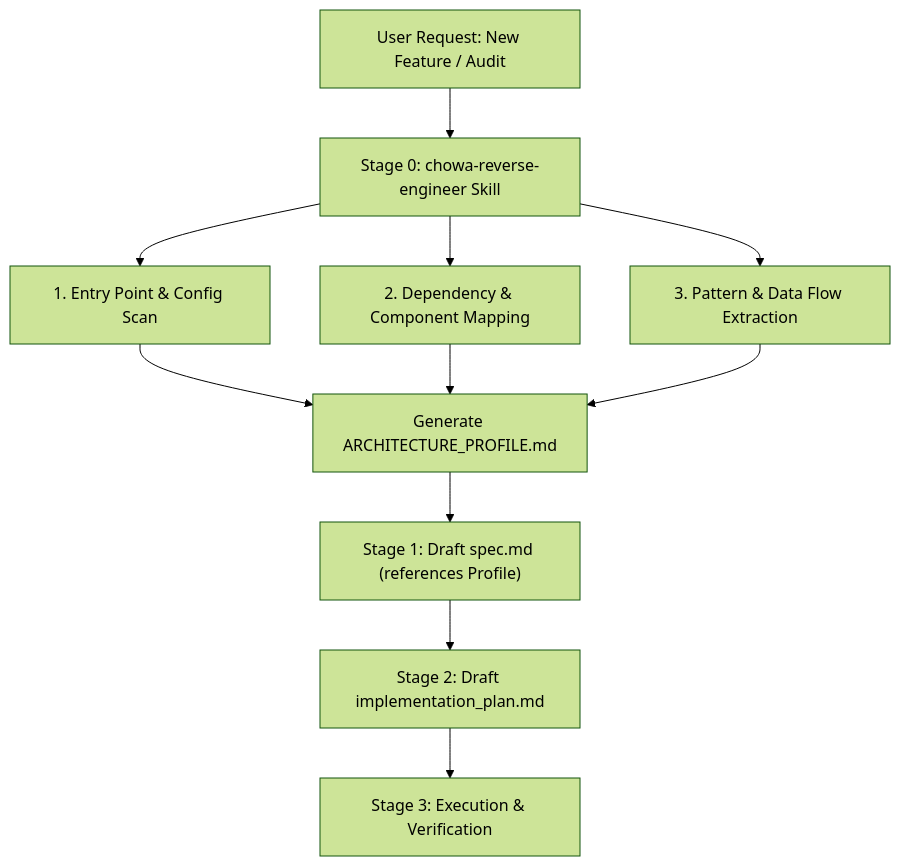
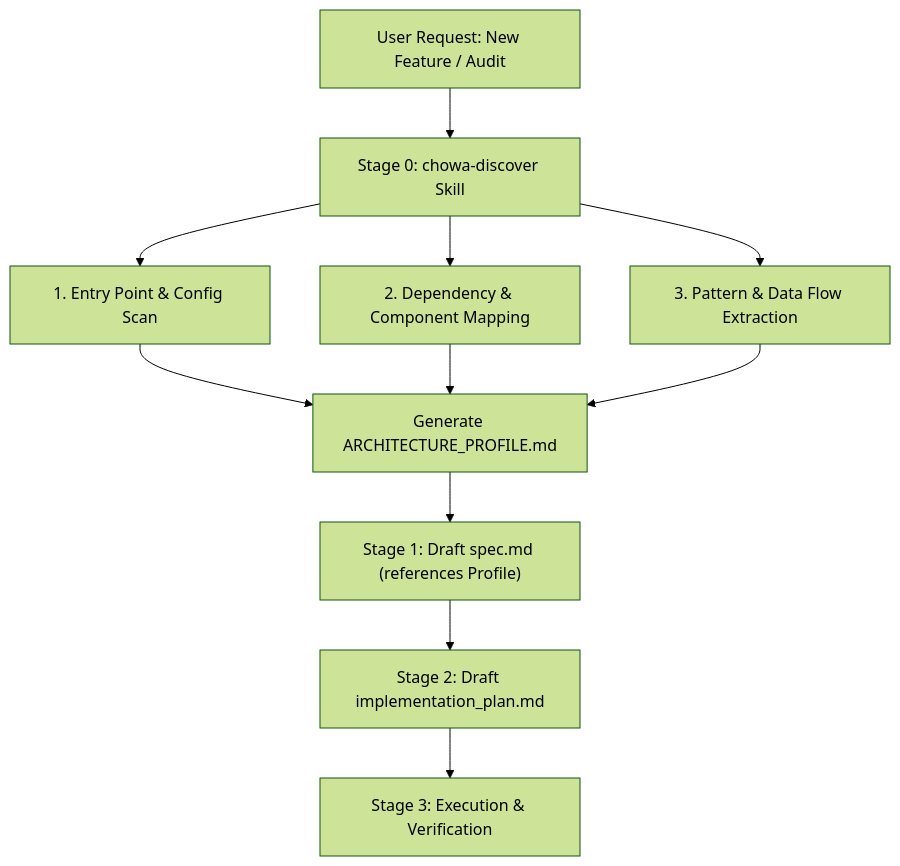
The diagram in specs/2026-08-06-reverse-engineering-skill/spec.md (franprince/chowa), drawn with Mermaid (forest theme) before and after one commit. The commit also changed other lines of this file and 2 other files, not shown here.

Commit message:
docs(chowa): update terminology to codebase discovery skill (chowa-discover)

````diff
--- a/specs/2026-08-06-reverse-engineering-skill/spec.md
+++ b/specs/2026-08-06-reverse-engineering-skill/spec.md
@@ -38,11 +38,11 @@
 ```mermaid
 flowchart TD
-    A["User Request: New Feature / Audit"] --> B["Stage 0: chowa-reverse-engineer Skill"]
+    A["User Request: New Feature / Audit"] --> B["Stage 0: chowa-discover Skill"]
     B --> C["1. Entry Point & Config Scan"]
     B --> D["2. Dependency & Component Mapping"]
     B --> E["3. Pattern & Data Flow Extraction"]
     C & D & E --> F["Generate ARCHITECTURE_PROFILE.md"]
     F --> G["Stage 1: Draft spec.md (references Profile)"]
     G --> H["Stage 2: Draft implementation_plan.md"]
     H --> I["Stage 3: Execution & Verification"]
 ```
````
